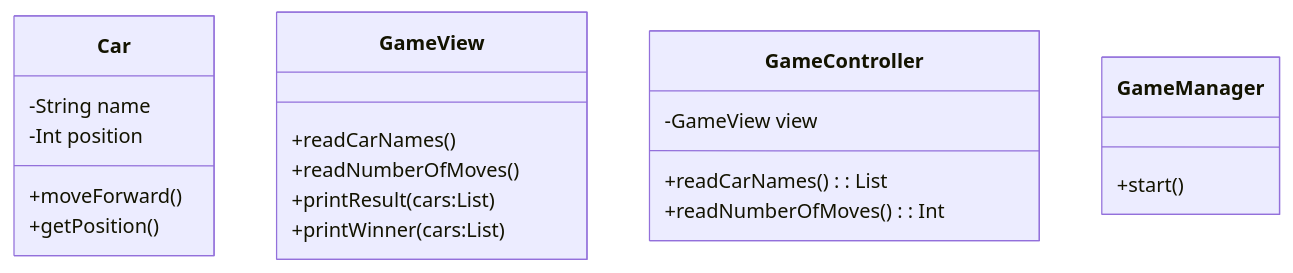
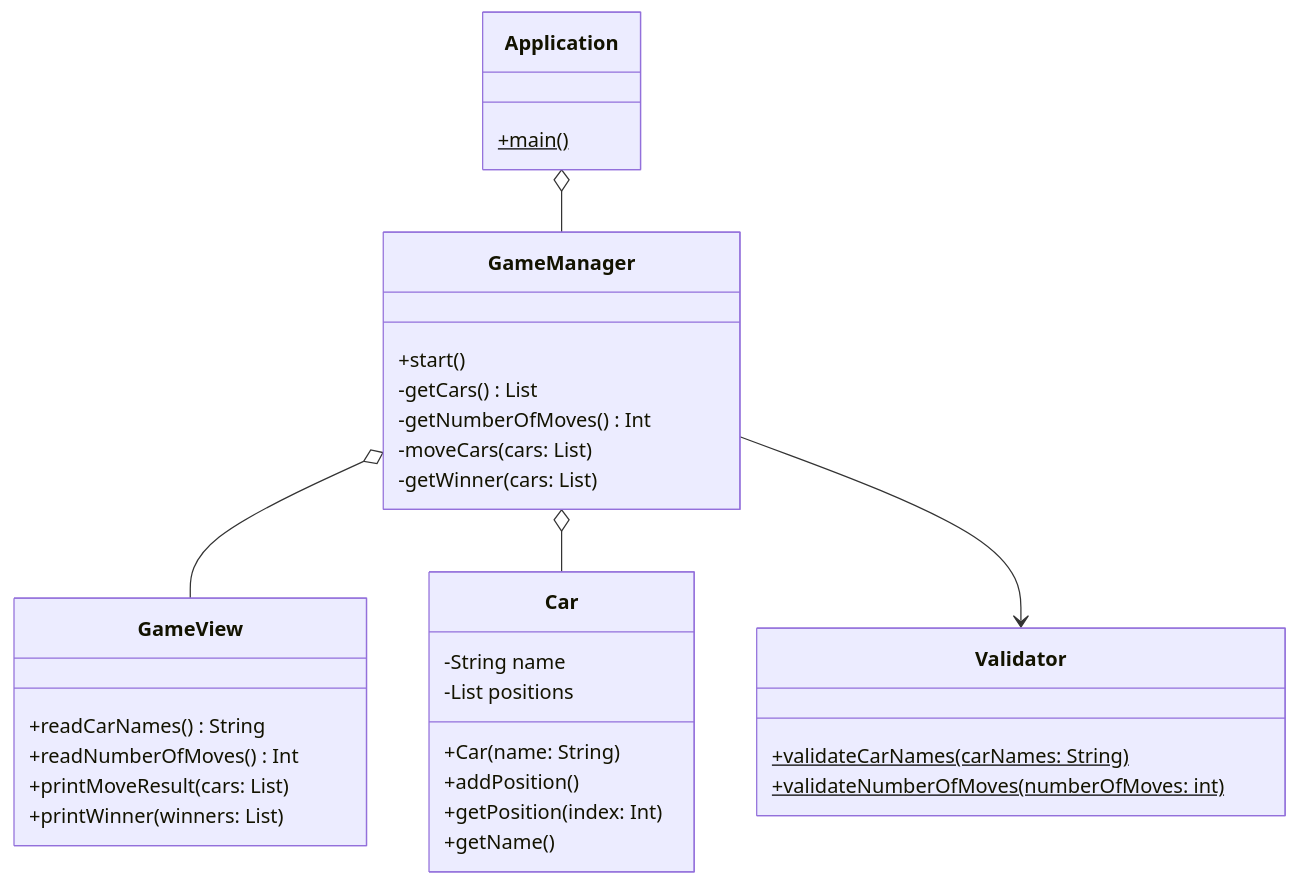
One commit to woowacourse-precourse/java-racingcar-6 changed the second of 2 diagrams in docs/README.md. Above: the diagram before and after it, drawn with Mermaid.

Commit message:
docs: writing class Diagram

````diff
--- a/docs/README.md
+++ b/docs/README.md
@@ -64,23 +64,37 @@
 ```mermaid
 classDiagram
-    class Car{
-        -String name
-        -Int position
-        +moveForward()
-        +getPosition()
-    }
-    class GameView{
-        +readCarNames()
-        +readNumberOfMoves()
-        +printResult(cars:List)
-        +printWinner(cars:List)
-    }
-    class GameController{
-        -GameView view
-        +readCarNames(): List<String>
-        +readNumberOfMoves(): Int
-    }
-    class GameManager{
-        +start()
-    }
+  Application o-- GameManager
+  GameManager o-- GameView
+  GameManager o-- Car
+  GameManager --> Validator
+  class Car{
+    -String name
+    -List<Integer> positions
+    +Car(name: String)
+    +addPosition()
+    +getPosition(index: Int)
+    +getName()
+  }
+  class GameManager{
+    +start()
+    -getCars() List<Car>
+    -getNumberOfMoves() Int
+    -moveCars(cars: List<Car>)
+    -getWinner(cars: List<Car>)
+  }
+  class GameView{
+    +readCarNames() String
+    +readNumberOfMoves() Int
+    +printMoveResult(cars: List<Car>)
+    +printWinner(winners: List<Car>)
+  }
+  class Validator{
+
+    +validateCarNames(carNames: String)$
+    +validateNumberOfMoves(numberOfMoves: int)$
+  }
+  class Application{
+    +main()$
+  }
+
 ```
````
